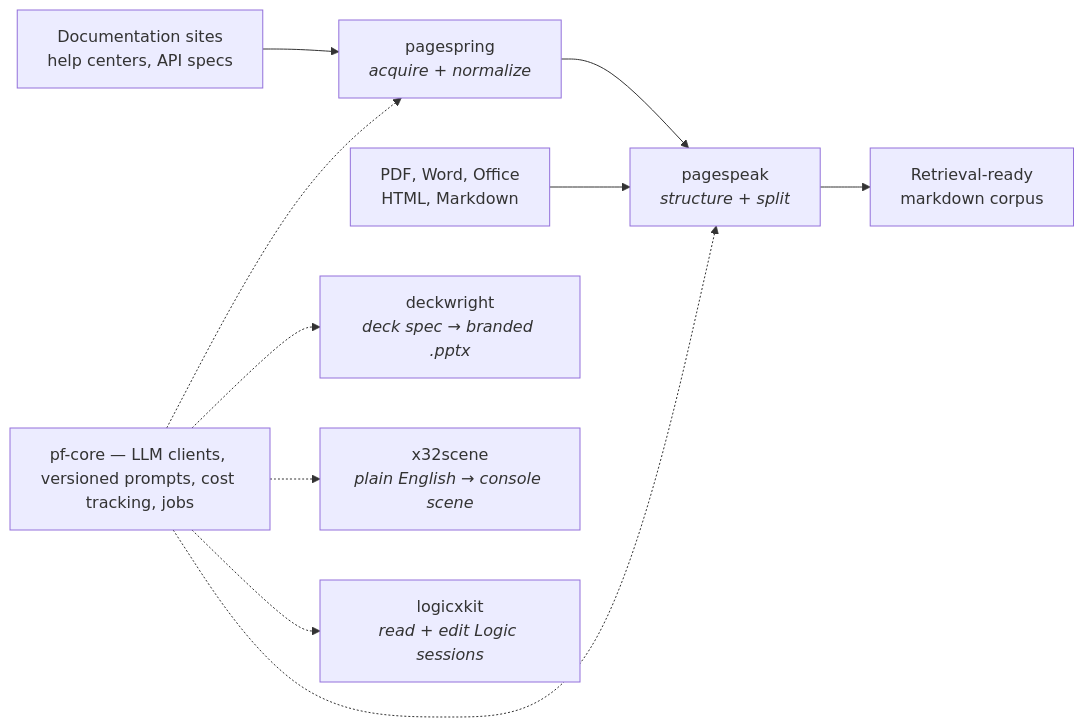
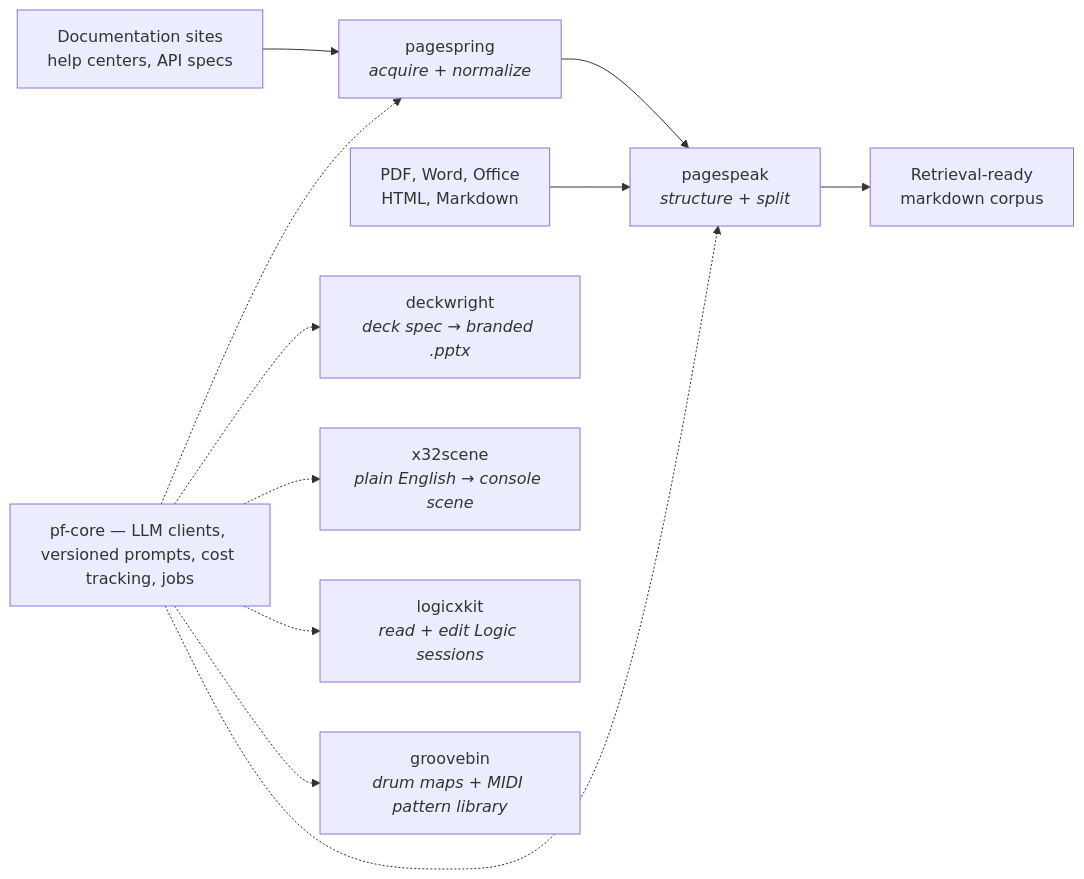
Before and after one commit to phierceweb/.github: the diagram in profile/README.md, drawn with Mermaid. The commit also changed other lines of this file, not shown here.

Commit message:
Add groovebin

````diff
--- a/profile/README.md
+++ b/profile/README.md
@@ -7,12 +7,13 @@
 ```mermaid
 flowchart LR
     A["Documentation sites<br/>help centers, API specs"] --> B["pagespring<br/><i>acquire + normalize</i>"]
     B --> C["pagespeak<br/><i>structure + split</i>"]
     D["PDF, Word, Office<br/>HTML, Markdown"] --> C
     C --> E["Retrieval-ready<br/>markdown corpus"]
     F["pf-core — LLM clients, versioned prompts, cost tracking, jobs"] -.-> B
     F -.-> C
     F -.-> G["deckwright<br/><i>deck spec → branded .pptx</i>"]
     F -.-> H["x32scene<br/><i>plain English → console scene</i>"]
     F -.-> I["logicxkit<br/><i>read + edit Logic sessions</i>"]
+    F -.-> J["groovebin<br/><i>drum maps + MIDI pattern library</i>"]
 ```
````
